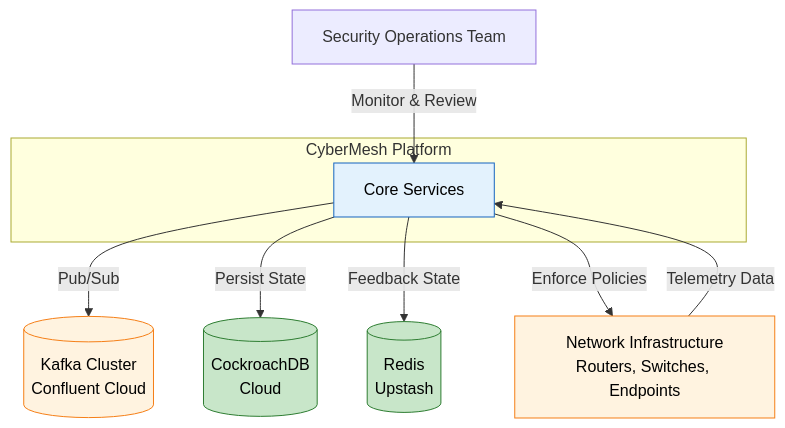
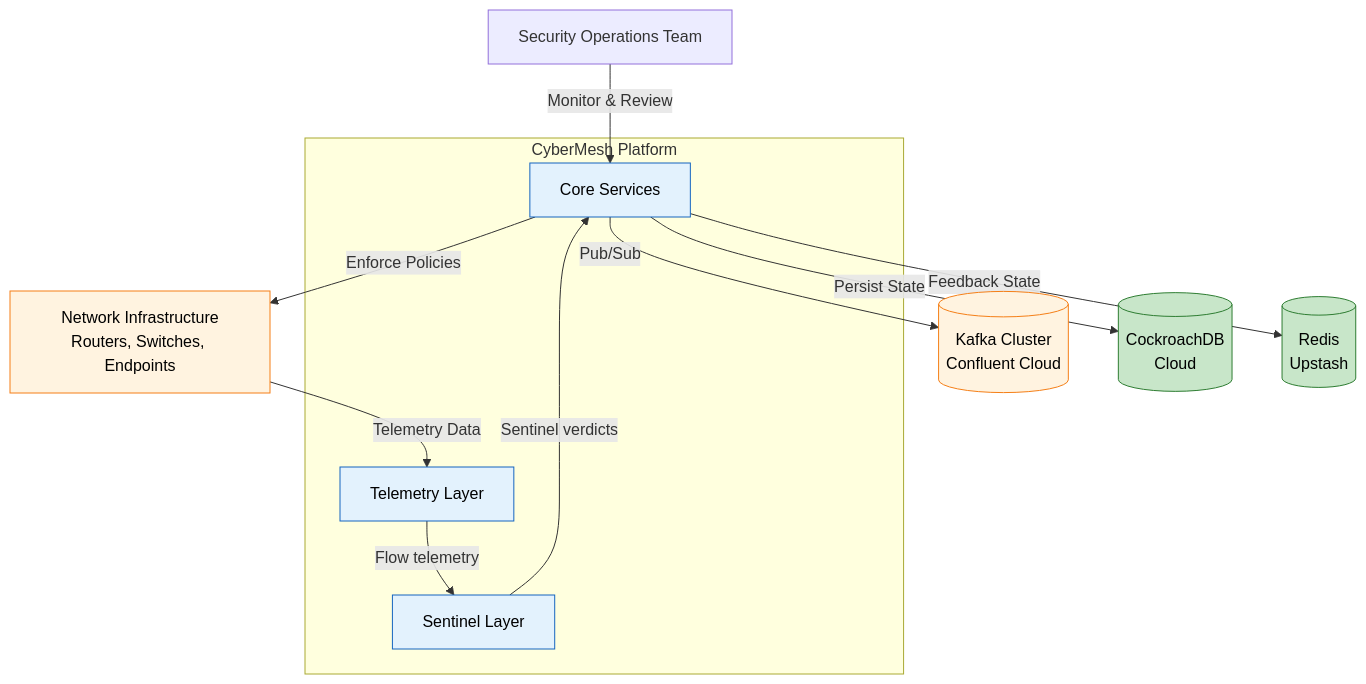
The first of 7 diagrams in docs/design/HLD.md (EveShark/CyberMesh), drawn with Mermaid before and after one commit. The commit also changed other lines of this file and 49 other files, not shown here.

````diff
--- a/docs/design/HLD.md
+++ b/docs/design/HLD.md
@@ -41,28 +41,32 @@
 ```mermaid
 graph TB
     User[Security Operations Team]
     
     subgraph CyberMesh["CyberMesh Platform"]
         Core[Core Services]
+        TL[Telemetry Layer]
+        S[Sentinel Layer]
     end
     
     Network[Network Infrastructure<br/>Routers, Switches, Endpoints]
     Kafka[(Kafka Cluster<br/>Confluent Cloud)]
     DB[(CockroachDB<br/>Cloud)]
     Cache[(Redis<br/>Upstash)]
     
-    Network -->|Telemetry Data| Core
+    Network -->|Telemetry Data| TL
+    TL -->|Flow telemetry| S
+    S -->|Sentinel verdicts| Core
     User -->|Monitor & Review| Core
     Core -->|Pub/Sub| Kafka
     Core -->|Persist State| DB
     Core -->|Feedback State| Cache
     Core -->|Enforce Policies| Network
     
     classDef platform fill:#e3f2fd,stroke:#1565c0,color:#000;
     classDef external fill:#fff3e0,stroke:#f57f17,color:#000;
     classDef data fill:#c8e6c9,stroke:#2e7d32,color:#000;
     
-    class Core platform;
+    class Core,TL,S platform;
     class Network,Kafka external;
     class DB,Cache data;
 ```
````
